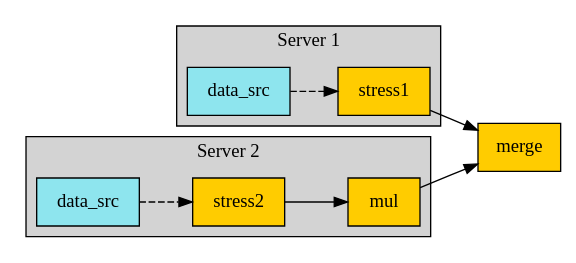
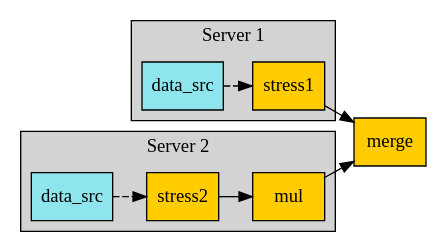
One commit to ansys/pydpf-core changed the diagram in docs/source/examples/06-distributed-post/01-operator-dep.dot. Above: the diagram before and after it, drawn with Graphviz. The commit also changed 49 other files, not shown here.

Commit message:
Fixed graph padding & alignement

```diff
--- a/docs/source/examples/06-distributed-post/01-operator-dep.dot
+++ b/docs/source/examples/06-distributed-post/01-operator-dep.dot
@@ -1,30 +1,30 @@
 digraph foo {
-    size="6,6";
-    node [shape=box, style=filled, fillcolor="#ffcc00"];
+    graph [pad="0", nodesep="0.3", ranksep="0.3"]
+    node [shape=box, style=filled, fillcolor="#ffcc00", margin="0"];
     rankdir=LR;
     splines=line;
 
     subgraph cluster_1 {
         ds01 [label="data_src", shape=box, style=filled, fillcolor=cadetblue2];
 
         ds01 -> stress1 [style=dashed];
 
         label="Server 1";
         style=filled;
         fillcolor=lightgrey;
     }
 
     subgraph cluster_2 {
         ds02 [label="data_src", shape=box, style=filled, fillcolor=cadetblue2];
 
         ds02 -> stress2 [style=dashed];
         stress2 -> mul;
 
         label="Server 2";
         style=filled;
         fillcolor=lightgrey;
     }
 
     stress1 -> "merge";
     mul -> "merge";
 }
```
